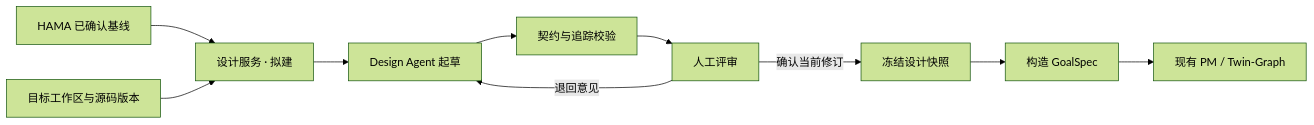
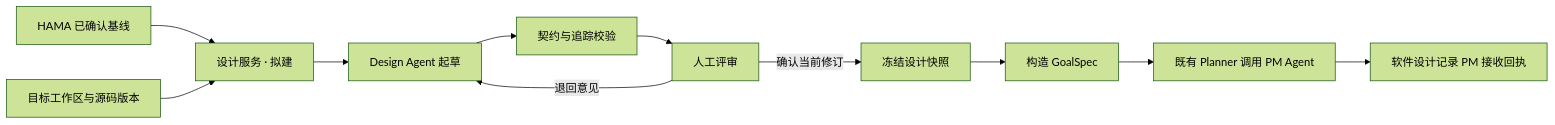
Before and after one commit to ycwang-April/SE-TeamPrjoect: the diagram in software-design/subsystem-design.md, drawn with Mermaid (forest theme). The commit also changed other lines of this file and 5 other files, not shown here.

````diff
--- a/software-design/subsystem-design.md
+++ b/software-design/subsystem-design.md
@@ -19,12 +30,13 @@
 ```mermaid
 flowchart LR
   A["HAMA 已确认基线"] --> B["设计服务 · 拟建"]
   W["目标工作区与源码版本"] --> B
   B --> C["Design Agent 起草"]
   C --> D["契约与追踪校验"]
   D --> E["人工评审"]
   E -->|退回意见| C
   E -->|确认当前修订| F["冻结设计快照"]
   F --> G["构造 GoalSpec"]
-  G --> H["现有 PM / Twin-Graph"]
+  G --> H["既有 Planner 调用 PM Agent"]
+  H --> I["软件设计记录 PM 接收回执"]
 ```
````
